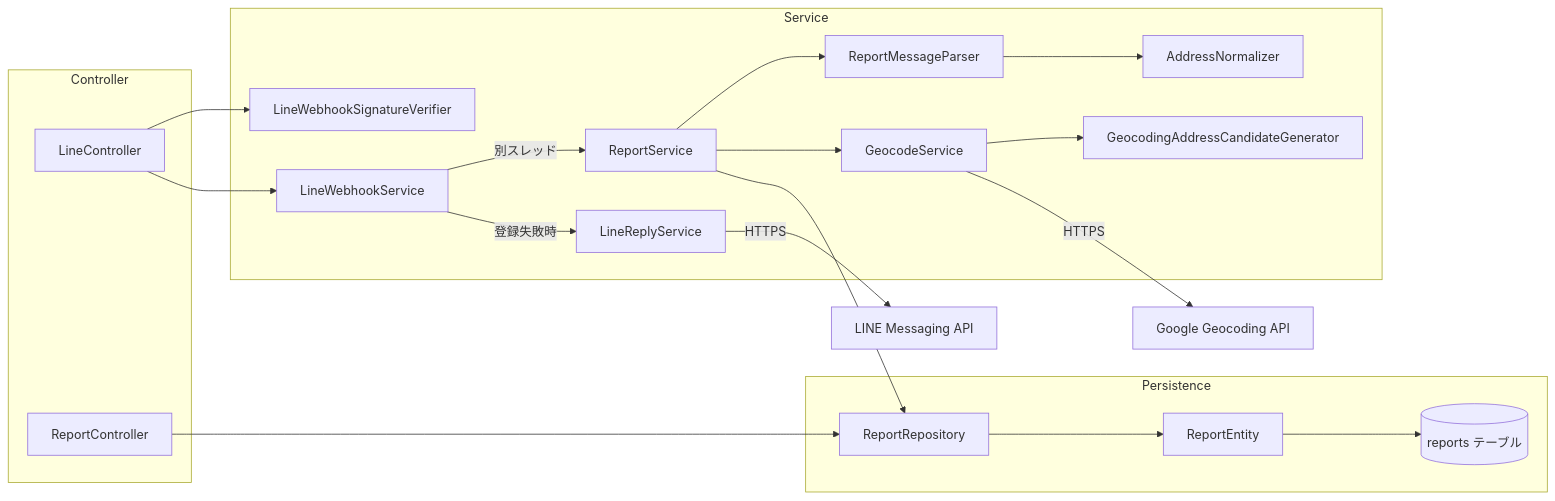
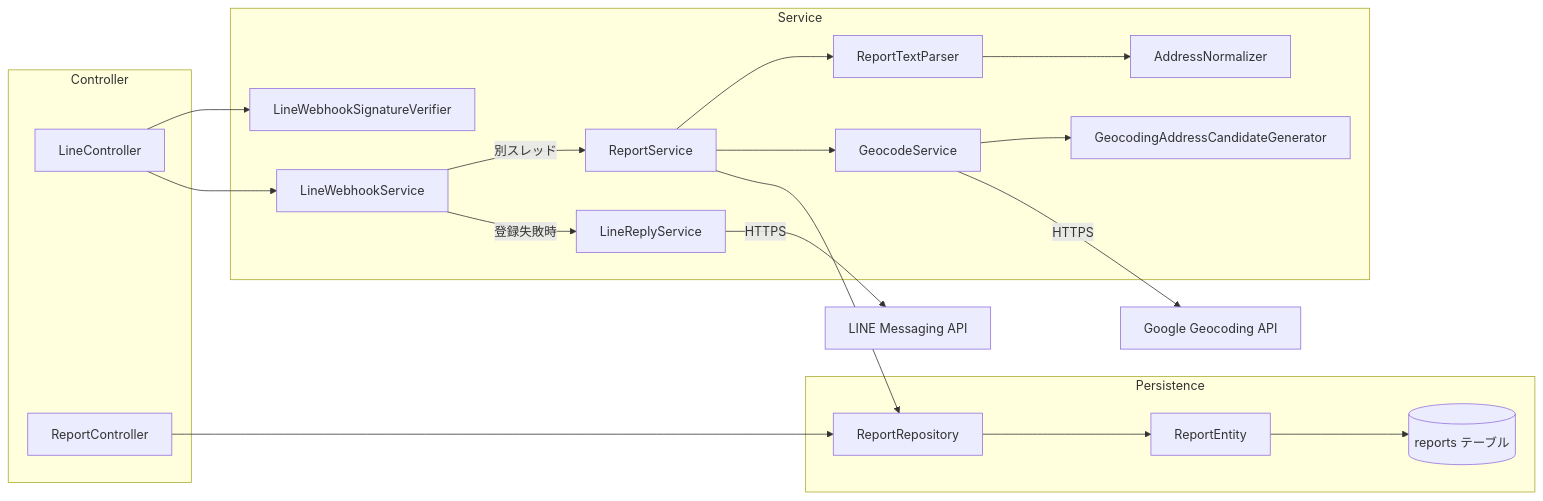
One commit to TBan34/Suspicious-Person-Map changed the second of 5 diagrams in docs/architecture/system-overview.md. Above: the diagram before and after it, drawn with Mermaid. The commit also changed other lines of this file and 19 other files, not shown here.

````diff
--- a/docs/architecture/system-overview.md
+++ b/docs/architecture/system-overview.md
@@ -57,39 +57,39 @@
 ```mermaid
 flowchart LR
     subgraph controller[Controller]
         lineController[LineController]
         reportController[ReportController]
     end
 
     subgraph service[Service]
         signature[LineWebhookSignatureVerifier]
         webhookService[LineWebhookService]
         replyService[LineReplyService]
         reportService[ReportService]
-        parser[ReportMessageParser]
+        parser[ReportTextParser]
         normalizer[AddressNormalizer]
         candidates[GeocodingAddressCandidateGenerator]
         geocode[GeocodeService]
     end
 
     subgraph persistence[Persistence]
         repository[ReportRepository]
         entity[ReportEntity]
         db[(reports テーブル)]
     end
 
     lineController --> signature
     lineController --> webhookService
     webhookService -->|別スレッド| reportService
     webhookService -->|登録失敗時| replyService
     replyService -->|HTTPS| line[LINE Messaging API]
     reportService --> parser
     parser --> normalizer
     reportService --> geocode
     geocode --> candidates
     geocode -->|HTTPS| google[Google Geocoding API]
     reportService --> repository
     reportController --> repository
     repository --> entity
     entity --> db
 ```
````
